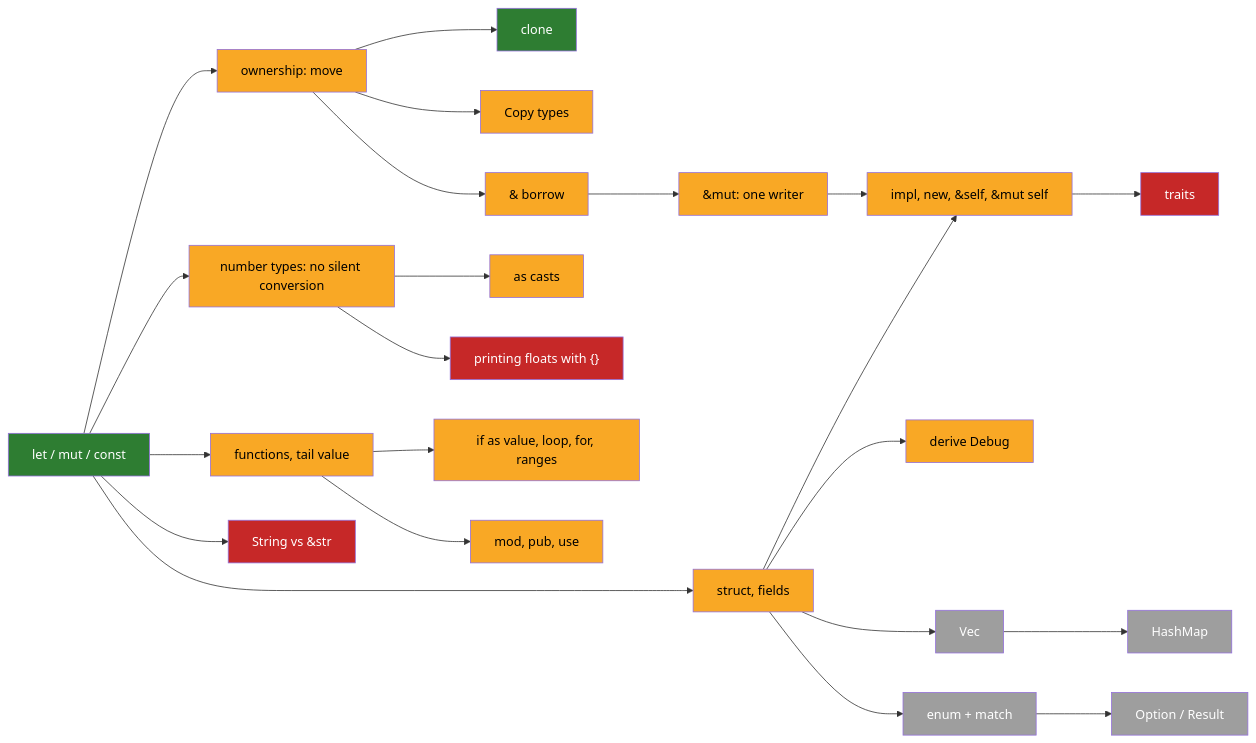
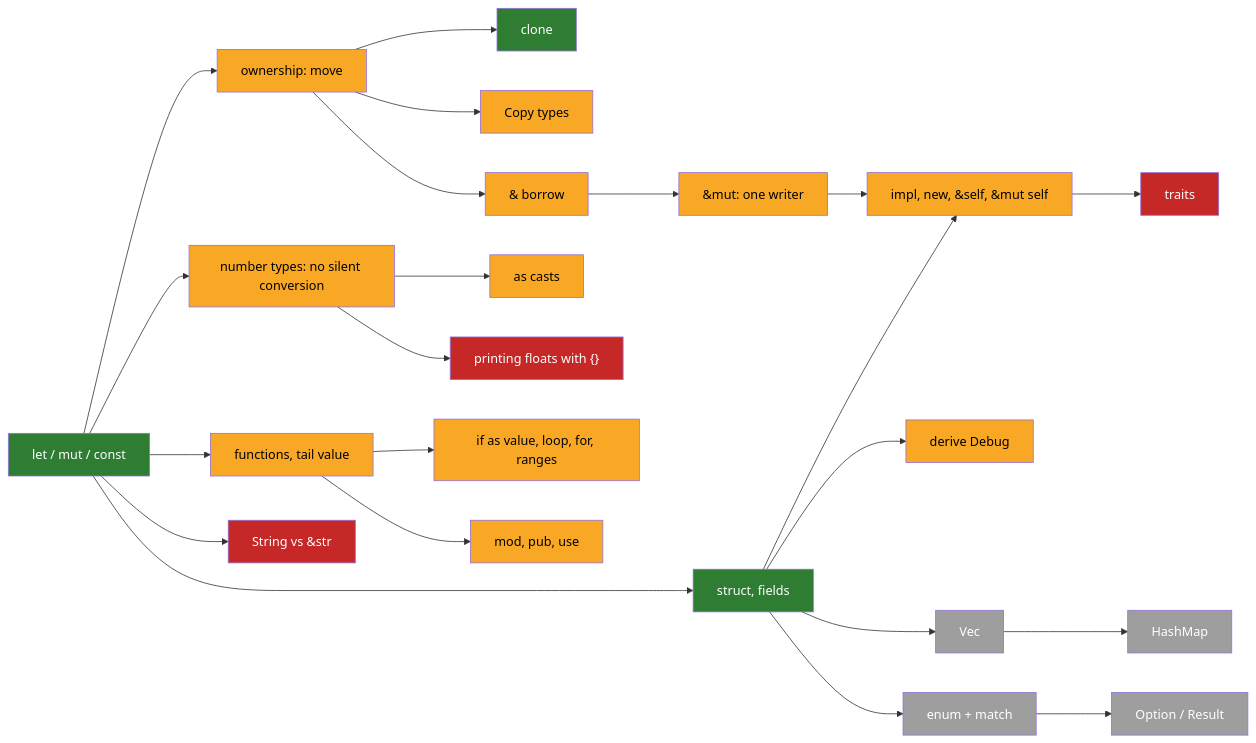
The diagram in notes/GRAPH.md (Dinesh417G/learn_rust), drawn with Mermaid before and after one commit. The commit also changed other lines of this file and 2 other files, not shown here.

````diff
--- a/notes/GRAPH.md
+++ b/notes/GRAPH.md
@@ -7,28 +7,28 @@
 ```mermaid
 graph LR
   var["let / mut / const"]:::s3 --> own["ownership: move"]:::s2
   var --> num["number types: no silent conversion"]:::s2
   num --> cast["as casts"]:::s2
   num --> fmt["printing floats with {}"]:::s1
   var --> fnn["functions, tail value"]:::s2
   fnn --> flow["if as value, loop, for, ranges"]:::s2
   var --> strs["String vs &str"]:::s1
   own --> clone["clone"]:::s3
   own --> copy["Copy types"]:::s2
   own --> bor["& borrow"]:::s2
   bor --> bmut["&mut: one writer"]:::s2
-  var --> st["struct, fields"]:::s2
+  var --> st["struct, fields"]:::s3
   st --> impl["impl, new, &self, &mut self"]:::s2
   bmut --> impl
   st --> dbg["derive Debug"]:::s2
   impl --> tr["traits"]:::s1
   st --> vec["Vec"]:::s0
   vec --> map["HashMap"]:::s0
   st --> en["enum + match"]:::s0
   en --> opt["Option / Result"]:::s0
   fnn --> modu["mod, pub, use"]:::s2
   classDef s3 fill:#2e7d32,color:#fff
   classDef s2 fill:#f9a825,color:#000
   classDef s1 fill:#c62828,color:#fff
   classDef s0 fill:#9e9e9e,color:#fff
 ```
````
